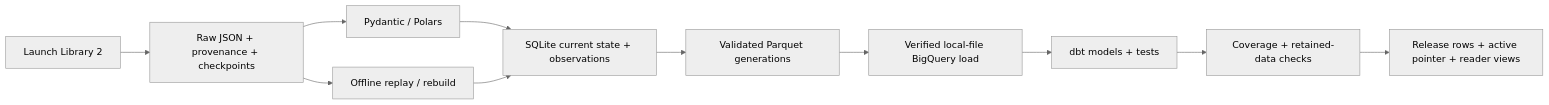
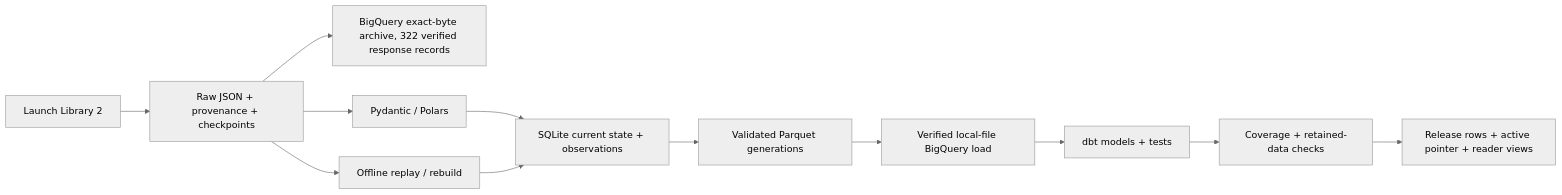
The diagram in README.md (RM3006/orbital-pulse), drawn with Mermaid (neutral theme) before and after one commit. The commit also changed other lines of this file and 45 other files, not shown here.

````diff
--- a/README.md
+++ b/README.md
@@ -13,13 +19,14 @@
 ```mermaid
 flowchart LR
     LL2[Launch Library 2] --> Raw[Raw JSON + provenance + checkpoints]
+    Raw --> BQRaw[BigQuery exact-byte archive, 322 verified response records]
     Raw --> Parse[Pydantic / Polars]
     Parse --> State[SQLite current state + observations]
     State --> Tables[Validated Parquet generations]
     Raw --> Replay[Offline replay / rebuild]
     Replay --> State
     Tables --> Load[Verified local-file BigQuery load]
     Load --> dbt[dbt models + tests]
     dbt --> Gate[Coverage + retained-data checks]
     Gate --> Release[Release rows + active pointer + reader views]
 ```
````
